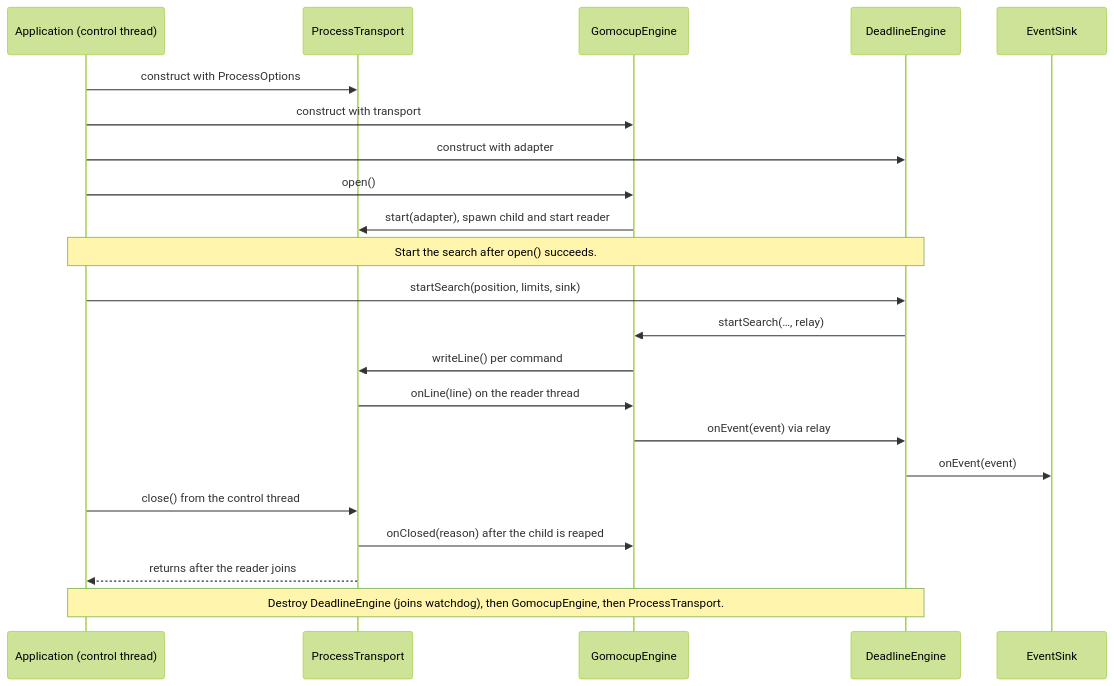
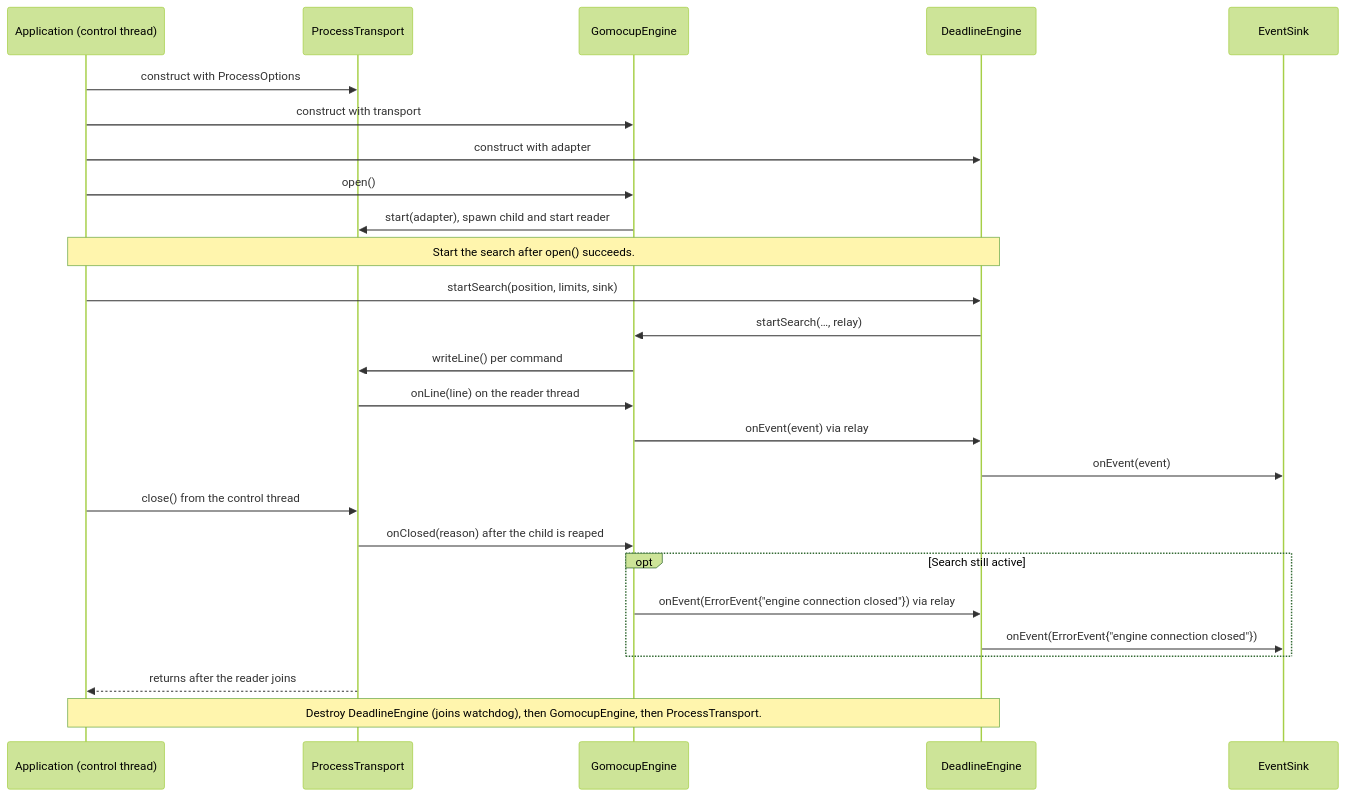
The third of 3 diagrams in docs/design/architecture.md (nguyencongminh090/libgomo), drawn with Mermaid (forest theme) before and after one commit. The commit also changed other lines of this file and 3 other files, not shown here.

Commit message:
CORE-03: document the active search close error

````diff
--- a/docs/design/architecture.md
+++ b/docs/design/architecture.md
@@ -160,27 +160,31 @@
 ```mermaid
 sequenceDiagram
     participant App as Application (control thread)
     participant Transport as ProcessTransport
     participant Adapter as GomocupEngine
     participant Deadline as DeadlineEngine
     participant Sink as EventSink
 
     App->>Transport: construct with ProcessOptions
     App->>Adapter: construct with transport
     App->>Deadline: construct with adapter
     App->>Adapter: open()
     Adapter->>Transport: start(adapter), spawn child and start reader
 
     Note over App,Deadline: Start the search after open() succeeds.
     App->>Deadline: startSearch(position, limits, sink)
     Deadline->>Adapter: startSearch(…, relay)
     Adapter->>Transport: writeLine() per command
     Transport->>Adapter: onLine(line) on the reader thread
     Adapter->>Deadline: onEvent(event) via relay
     Deadline->>Sink: onEvent(event)
 
     App->>Transport: close() from the control thread
     Transport->>Adapter: onClosed(reason) after the child is reaped
+    opt Search still active
+        Adapter->>Deadline: onEvent(ErrorEvent{"engine connection closed"}) via relay
+        Deadline->>Sink: onEvent(ErrorEvent{"engine connection closed"})
+    end
     Transport-->>App: returns after the reader joins
     Note over App,Deadline: Destroy DeadlineEngine (joins watchdog), then GomocupEngine, then ProcessTransport.
 ```
````
